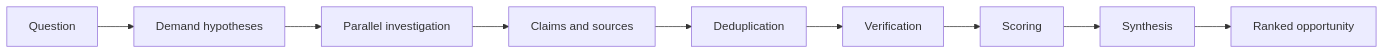
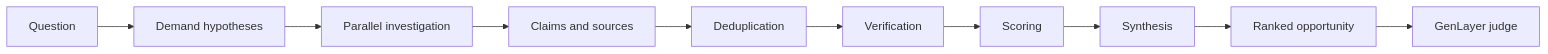
The second of 3 diagrams in README.md (Jr-kenny/newintel), drawn with Mermaid before and after one commit. The commit also changed other lines of this file and 5 other files, not shown here.

First line of the commit message:
feat: Sibyl reliability in GenLayer judge + README rewrite

````diff
--- a/README.md
+++ b/README.md
@@ -41,11 +43,12 @@
 ```mermaid
 flowchart LR
     Q[Question] --> H[Demand hypotheses]
     H --> PI[Parallel investigation]
     PI --> CS[Claims and sources]
     CS --> D[Deduplication]
     D --> V2[Verification]
     V2 --> SC[Scoring]
     SC --> SYN[Synthesis]
     SYN --> OPP[Ranked opportunity]
+    OPP --> JUDGE[GenLayer judge]
 ```
````
